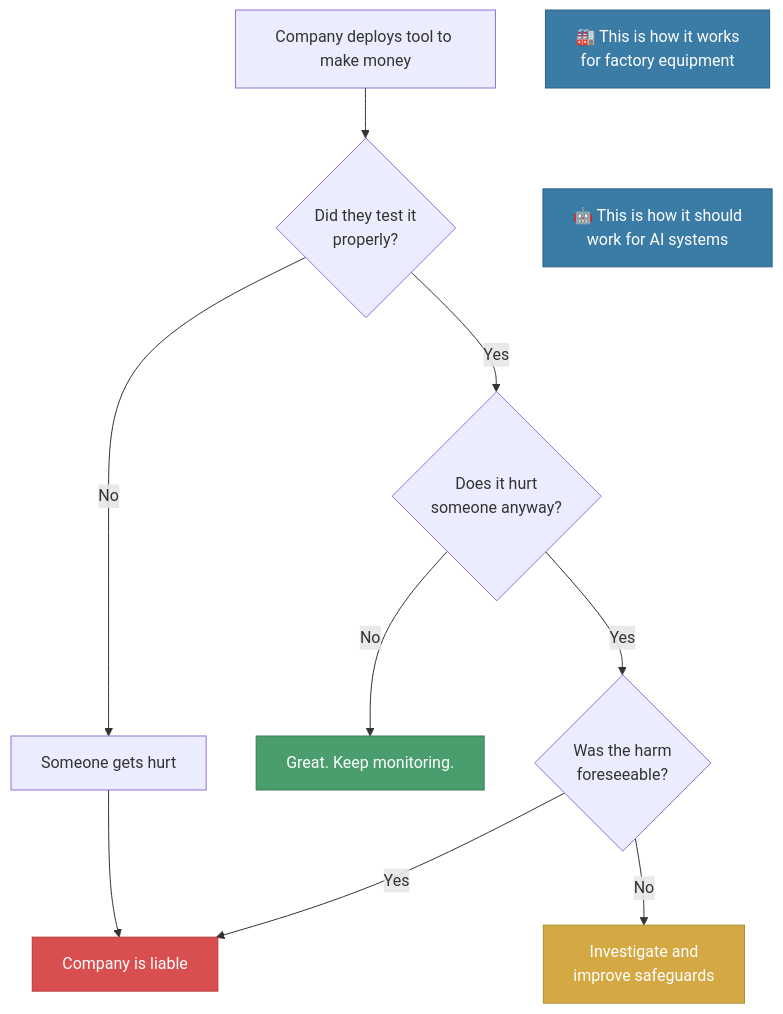
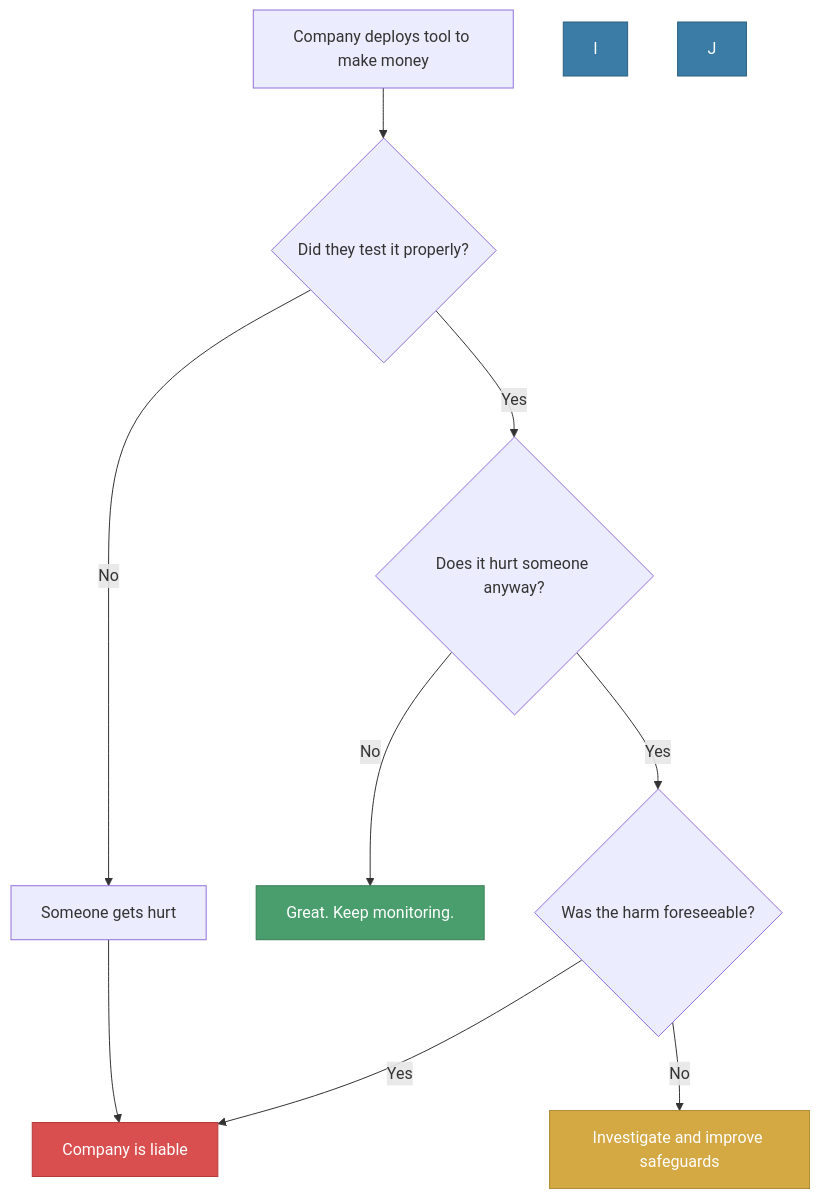
One commit to brodjj/brodjj.github.io changed the diagram in _posts/2026-02-27-ai-safety-applying-industrial-guardrails.md. Above: the diagram before and after it, drawn with Mermaid.

````diff
--- a/_posts/2026-02-27-ai-safety-applying-industrial-guardrails.md
+++ b/_posts/2026-02-27-ai-safety-applying-industrial-guardrails.md
@@ -77,20 +77,19 @@
 ```mermaid
 flowchart TD
-    A["Company deploys tool to make money"] --> B{"Did they test it\nproperly?"}
-    B -->|Yes| C{"Does it hurt\nsomeone anyway?"}
+    A["Company deploys tool to make money"] --> B{"Did they test it properly?"}
+    B -->|Yes| C{"Does it hurt someone anyway?"}
     B -->|No| D["Someone gets hurt"]
     C -->|No| E["Great. Keep monitoring."]
-    C -->|Yes| F{"Was the harm\nforeseeable?"}
+    C -->|Yes| F{"Was the harm foreseeable?"}
     D --> G["Company is liable"]
     F -->|Yes| G
-    F -->|No| H["Investigate and\nimprove safeguards"]
+    F -->|No| H["Investigate and improve safeguards"]
 
     style G fill:#d94f4f,color:#fff,stroke:#b33a3a
     style E fill:#4a9e6e,color:#fff,stroke:#3a7d56
     style H fill:#d4a843,color:#fff,stroke:#b08c36
 
-    I["🏭 This is how it works\nfor factory equipment"] ~~~ J["🤖 This is how it should\nwork for AI systems"]
-
+    
     style I fill:#3a7ca5,color:#fff,stroke:#2d6080
     style J fill:#3a7ca5,color:#fff,stroke:#2d6080
 ```
````
